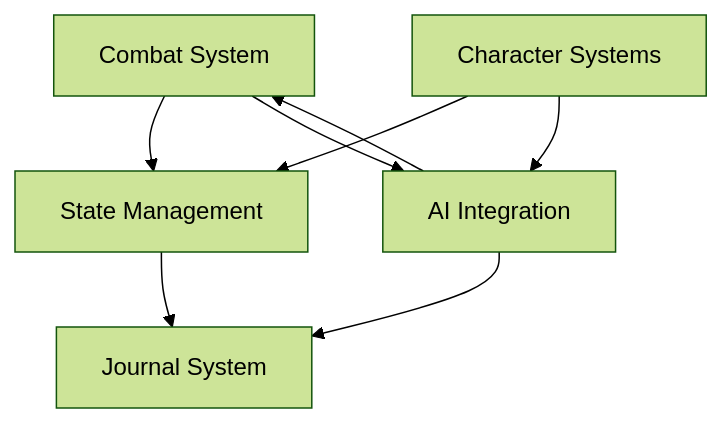
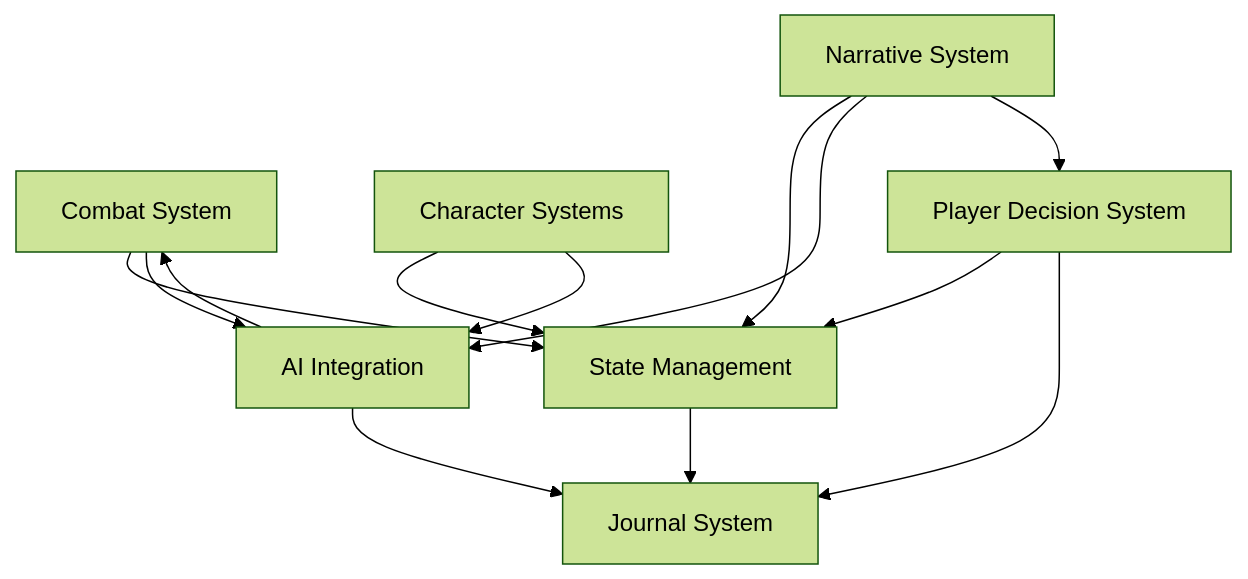
The diagram in Docs/core-systems/_index.md (jerseycheese/BootHillGM), drawn with Mermaid (forest theme) before and after one commit. The commit also changed other lines of this file and 21 other files, not shown here.

````diff
--- a/Docs/core-systems/_index.md
+++ b/Docs/core-systems/_index.md
@@ -46,10 +52,15 @@
 ```mermaid
 graph TD
     A[Combat System] --> B[State Management]
     A --> C[AI Integration]
     B --> D[Journal System]
     C --> D
     C --> A
     E[Character Systems] --> B
     E --> C
+    F[Narrative System] --> B
+    F --> C
+    F --> G[Player Decision System]
+    G --> B
+    G --> D
 ```
````
